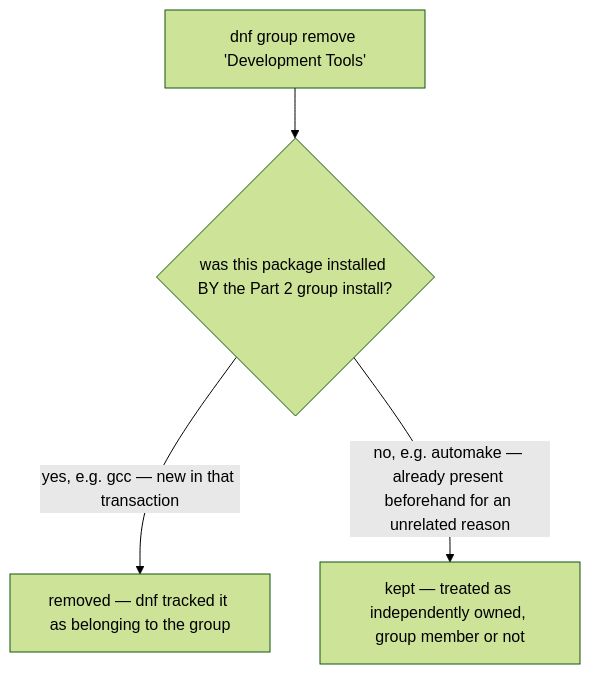
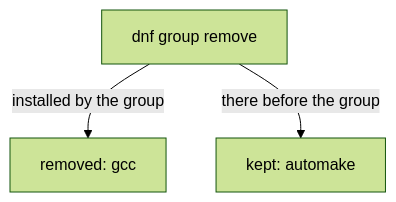
One commit to astrona-io/ATS002 changed the diagram in sections/section-060/module-05/course-03-confirming-and-removing.md. Above: the diagram before and after it, drawn with Mermaid (forest theme). The commit also changed other lines of this file and 615 other files, not shown here.

````diff
--- a/sections/section-060/module-05/course-03-confirming-and-removing.md
+++ b/sections/section-060/module-05/course-03-confirming-and-removing.md
@@ -30,6 +42,5 @@
 ```mermaid
-flowchart TD
-    R["dnf group remove 'Development Tools'"] --> Q{"was this package installed BY the Part 2 group install?"}
-    Q -->|yes, e.g. gcc — new in that transaction| REM["removed — dnf tracked it as belonging to the group"]
-    Q -->|no, e.g. automake — already present beforehand for an unrelated reason| KEEP["kept — treated as independently owned, group member or not"]
+flowchart TB
+    R["dnf group remove"] -->|"installed by the group"| REM["removed: gcc"]
+    R -->|"there before the group"| KEEP["kept: automake"]
 ```
````
